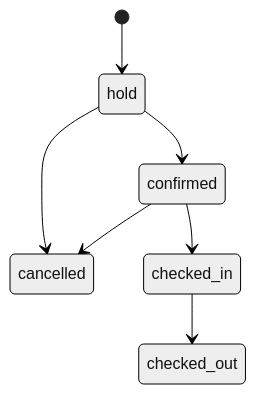
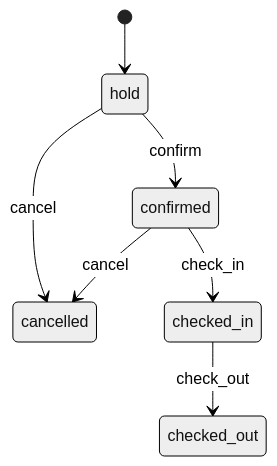
The diagram in docs/domain.md (davidkochprg/orbit-pms), drawn with Mermaid (neutral theme) before and after one commit. The commit also changed other lines of this file and 11 other files, not shown here.

````diff
--- a/docs/domain.md
+++ b/docs/domain.md
@@ -19,9 +19,9 @@
 ```mermaid
 stateDiagram-v2
   [*] --> hold
-  hold --> confirmed
-  hold --> cancelled
-  confirmed --> checked_in
-  confirmed --> cancelled
-  checked_in --> checked_out
+  hold --> confirmed: confirm
+  hold --> cancelled: cancel
+  confirmed --> checked_in: check_in
+  confirmed --> cancelled: cancel
+  checked_in --> checked_out: check_out
 ```
````
